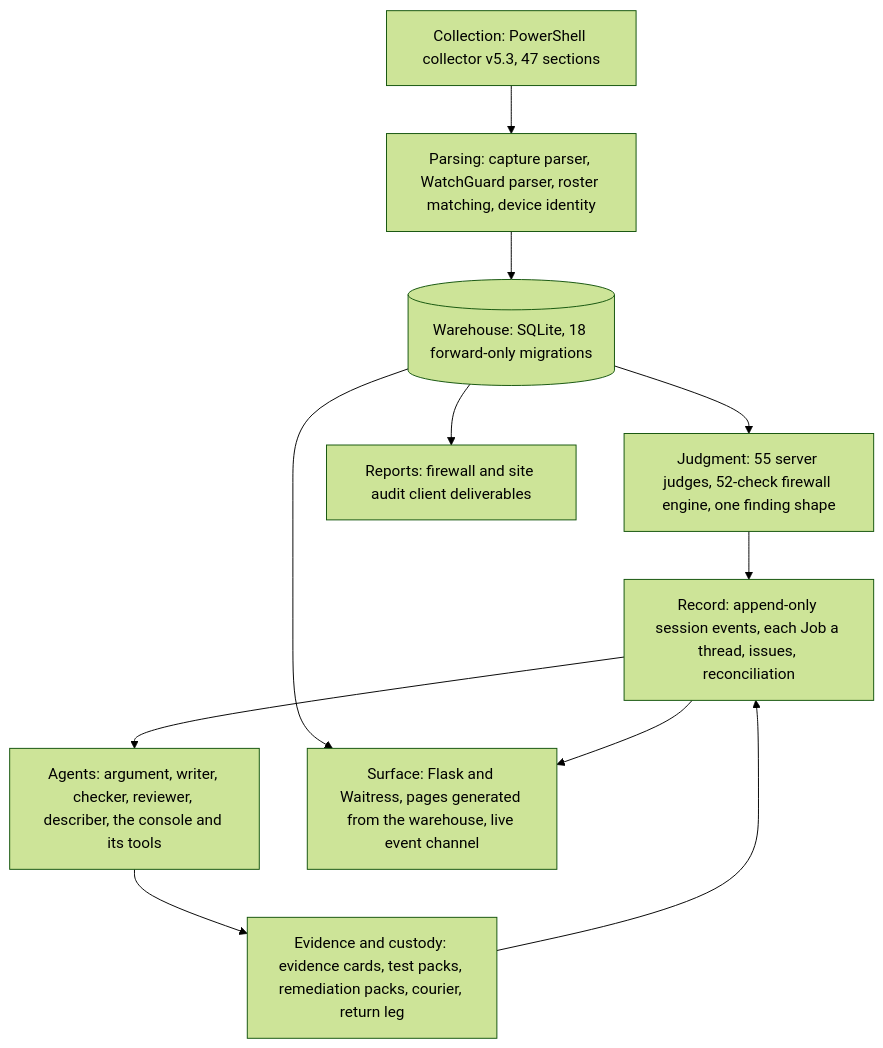
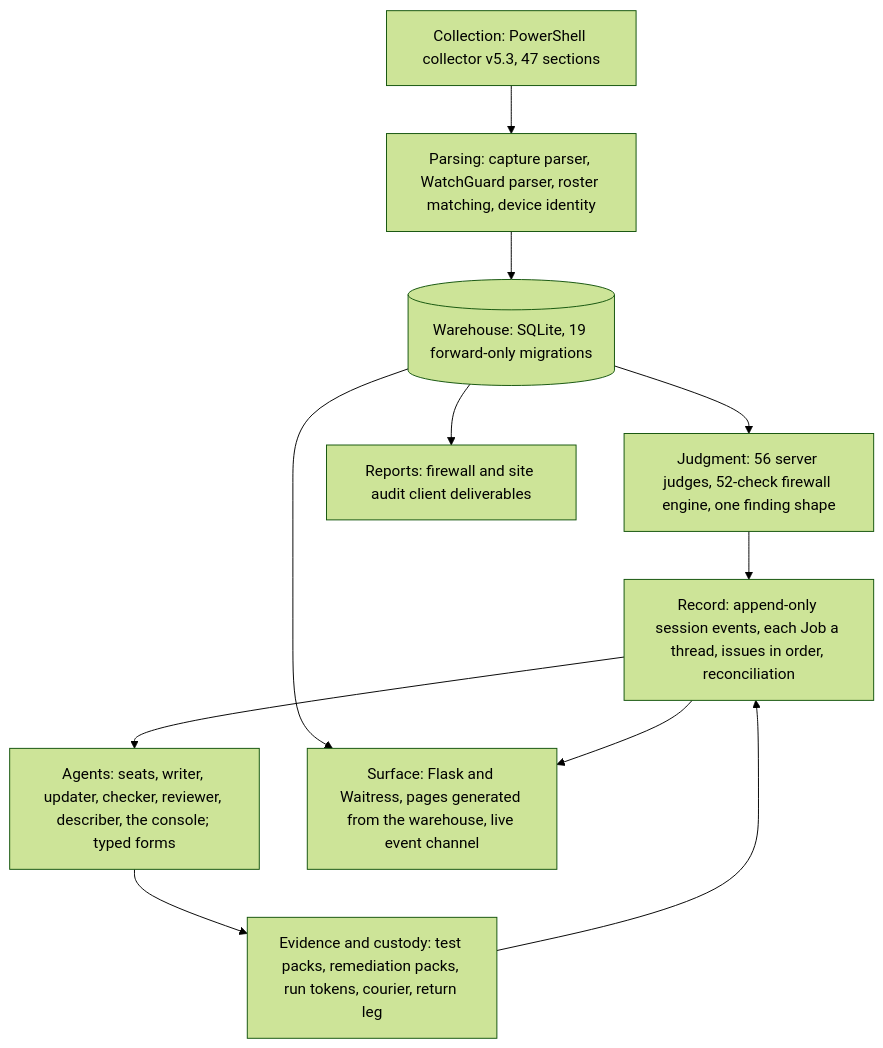
The second of 8 diagrams in CASE_STUDY.md (RyanH-sudo/ninjatoolkit-case-study), drawn with Mermaid (forest theme) before and after one commit. The commit also changed other lines of this file and 2 other files, not shown here.

````diff
--- a/CASE_STUDY.md
+++ b/CASE_STUDY.md
@@ -148,17 +197,17 @@
 ```mermaid
 flowchart TB
     L1["Collection: PowerShell collector v5.3, 47 sections"]
     L2["Parsing: capture parser, WatchGuard parser, roster matching, device identity"]
-    L3[("Warehouse: SQLite, 18 forward-only migrations")]
-    L4["Judgment: 55 server judges, 52-check firewall engine, one finding shape"]
-    L5["Record: append-only session events, each Job a thread, issues, reconciliation"]
-    L6["Agents: argument, writer, checker, reviewer, describer, the console and its tools"]
-    L7["Evidence and custody: evidence cards, test packs, remediation packs, courier, return leg"]
+    L3[("Warehouse: SQLite, 19 forward-only migrations")]
+    L4["Judgment: 56 server judges, 52-check firewall engine, one finding shape"]
+    L5["Record: append-only session events, each Job a thread, issues in order, reconciliation"]
+    L6["Agents: seats, writer, updater, checker, reviewer, describer, the console; typed forms"]
+    L7["Evidence and custody: test packs, remediation packs, run tokens, courier, return leg"]
     L8["Surface: Flask and Waitress, pages generated from the warehouse, live event channel"]
     L9["Reports: firewall and site audit client deliverables"]
     L1 --> L2 --> L3 --> L4 --> L5
     L5 --> L6 --> L7 --> L5
     L3 --> L8
     L5 --> L8
     L3 --> L9
 ```
````
